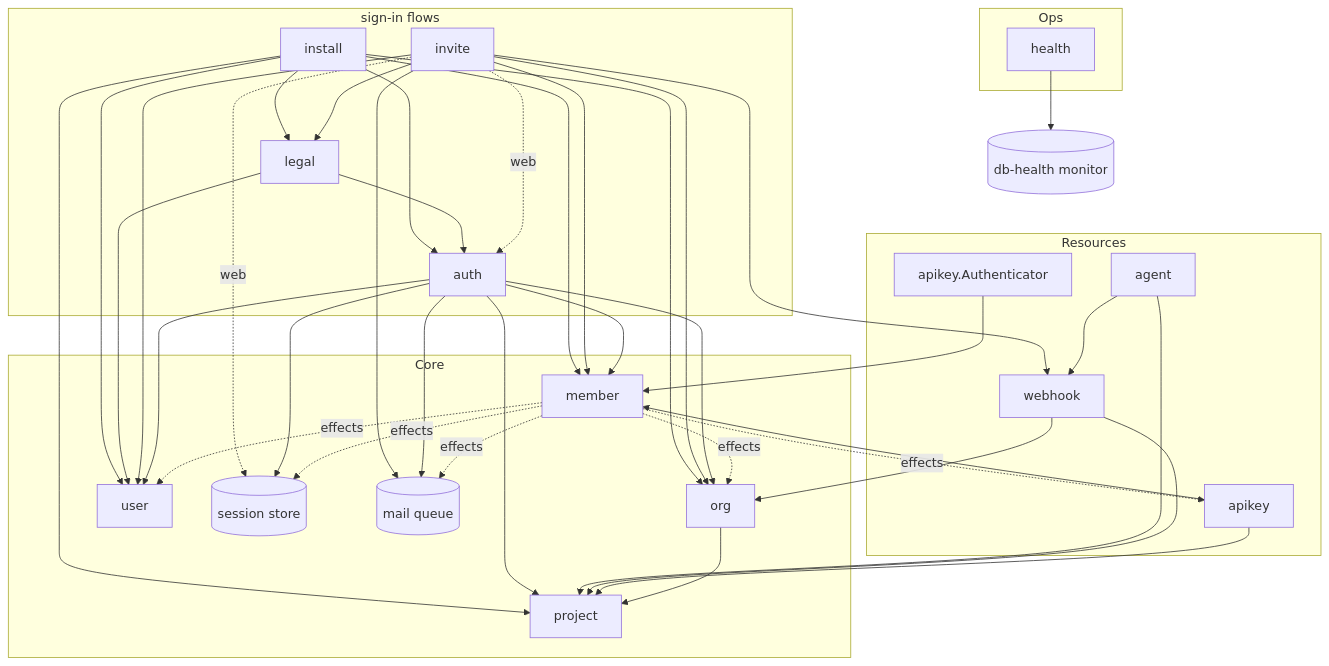
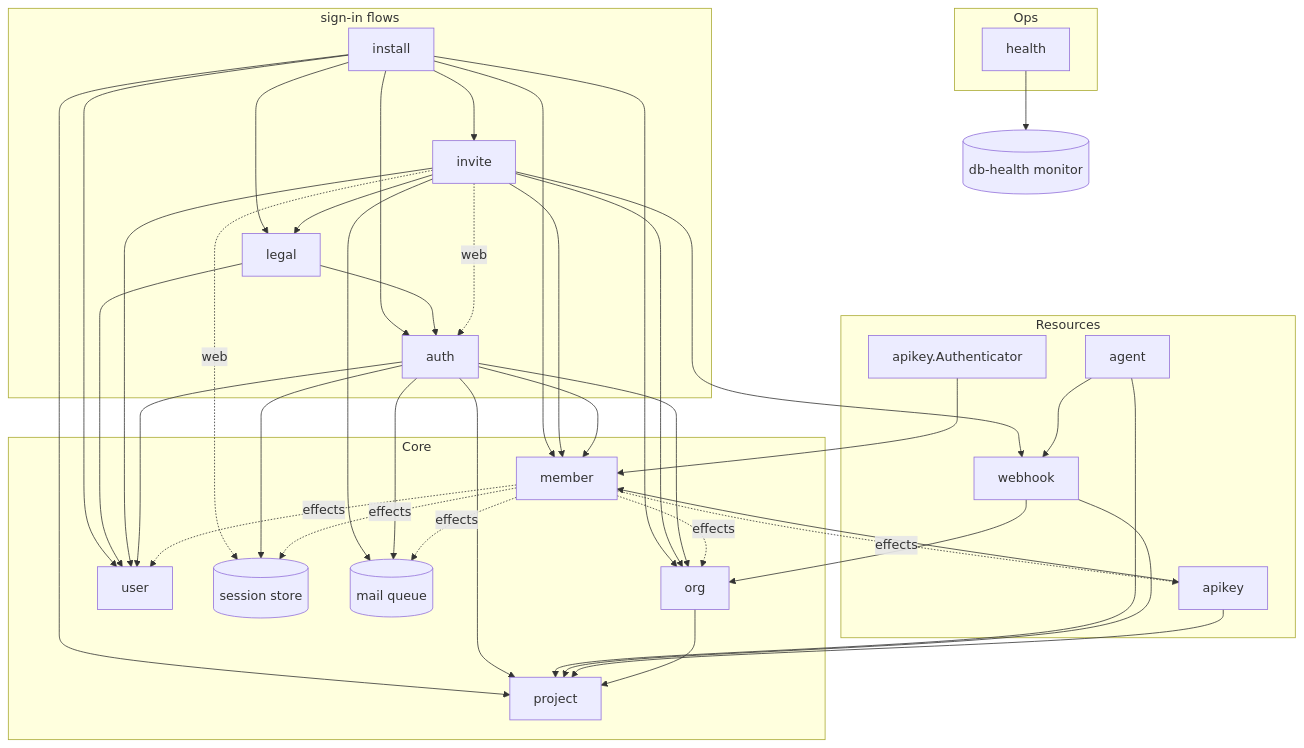
Before and after one commit to altalune-id/oagent: the third of 3 diagrams in internal/boot/README.md, drawn with Mermaid. The commit also changed other lines of this file and 71 other files, not shown here.

````diff
--- a/internal/boot/README.md
+++ b/internal/boot/README.md
@@ -117,44 +117,44 @@
 ```mermaid
 flowchart TD
     subgraph Flows["sign-in flows"]
         install
         legal
         auth
         invite
     end
     subgraph Ops
         health
     end
     subgraph Resources
         agent
         webhook
         apikey
         keyAuthn["apikey.Authenticator"]
     end
     subgraph Core
         org
         project
         member
         user
         sessions[(session store)]
         mailqueue[(mail queue)]
     end
 
     install --> auth
     legal --> auth
-    install --> user & org & member & project & legal
+    install --> user & org & member & project & legal & invite
     legal --> user
     invite --> member & user & org & mailqueue & webhook & legal
     invite -. web .-> auth & sessions
     auth --> user & member & org & project & sessions & mailqueue
 
     agent --> webhook
     agent --> project
     webhook --> project & org
     apikey --> project & member
     keyAuthn --> member
     member -. effects .-> sessions & apikey & user & org & mailqueue
     health --> dbh[(db-health monitor)]
 
     org --> project
 ```
````
